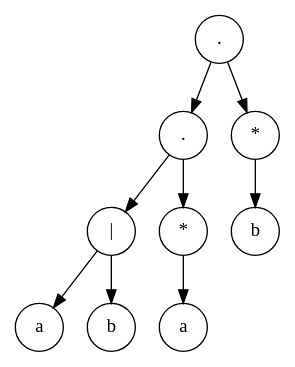
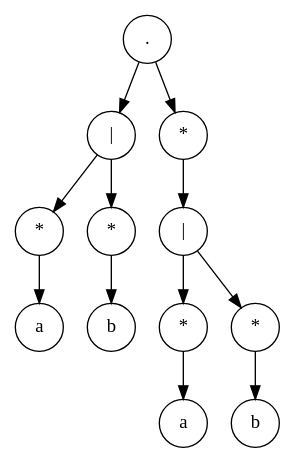
Before and after one commit to DiggsPapu/TeoriaComputacion: the diagram in Graphs/Tree/ast1.dot, drawn with Graphviz. The commit also changed 34 other files, not shown here.

```diff
--- a/Graphs/Tree/ast1.dot
+++ b/Graphs/Tree/ast1.dot
@@ -1,20 +1,26 @@
 digraph Tree{
 node [shape=circle];
 node0 [label="a"];
-node1 [label="b"];
-node2 [label="|"];
-node3 [label="a"];
-node4 [label="*"];
-node5 [label="."];
-node6 [label="b"];
-node7 [label="*"];
-node8 [label="."];
-node2->node0;
-node2->node1;
+node1 [label="*"];
+node2 [label="b"];
+node3 [label="*"];
+node4 [label="|"];
+node5 [label="a"];
+node6 [label="*"];
+node7 [label="b"];
+node8 [label="*"];
+node9 [label="|"];
+node10 [label="*"];
+node11 [label="."];
+node1->node0;
+node3->node2;
+node4->node1;
 node4->node3;
-node5->node2;
-node5->node4;
-node7->node6;
-node8->node5;
+node6->node5;
 node8->node7;
+node9->node6;
+node9->node8;
+node10->node9;
+node11->node4;
+node11->node10;
 }
```
